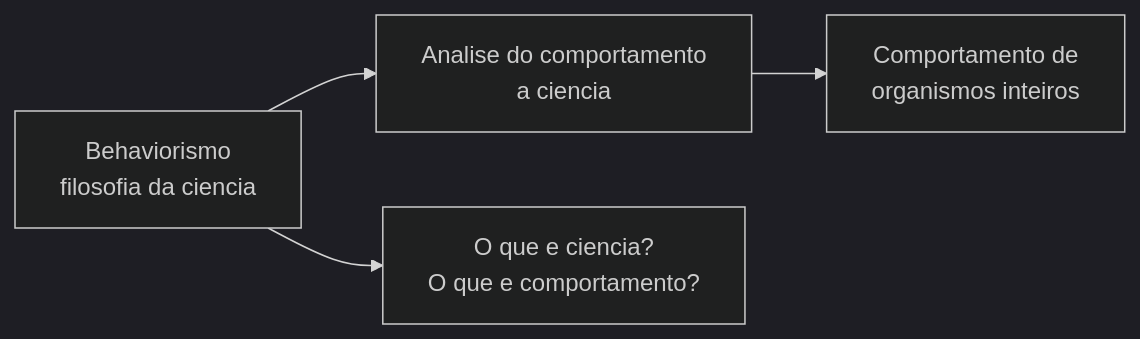
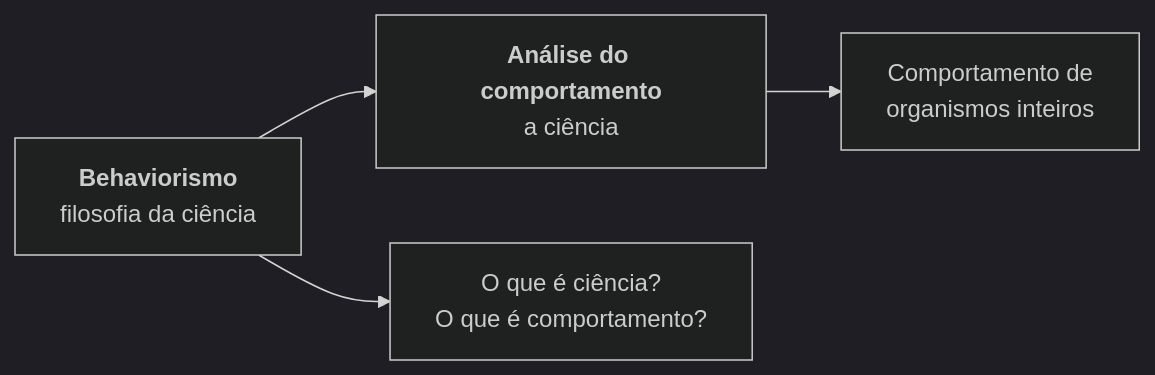
Before and after one commit to barbieri97/aula-psicologia-comportamental-fasm: the diagram in aulas/aula-01-fundamentos-do-behaviorismo.md, drawn with Mermaid (dark theme). The commit also changed other lines of this file and 50 other files, not shown here.

````diff
--- a/aulas/aula-01-fundamentos-do-behaviorismo.md
+++ b/aulas/aula-01-fundamentos-do-behaviorismo.md
@@ -50,6 +49,6 @@
 ```mermaid
 flowchart LR
-  Filosofia[Behaviorismo<br/>filosofia da ciencia] --> Ciencia[Analise do comportamento<br/>a ciencia]
-  Ciencia --> Objeto[Comportamento de<br/>organismos inteiros]
-  Filosofia --> Perguntas[O que e ciencia?<br/>O que e comportamento?]
+  Filosofia["<b>Behaviorismo</b><br/>filosofia da ciência"] --> Ciencia["<b>Análise do comportamento</b><br/>a ciência"]
+  Ciencia --> Objeto["Comportamento de<br/>organismos inteiros"]
+  Filosofia --> Perguntas["O que é ciência?<br/>O que é comportamento?"]
 ```
````
